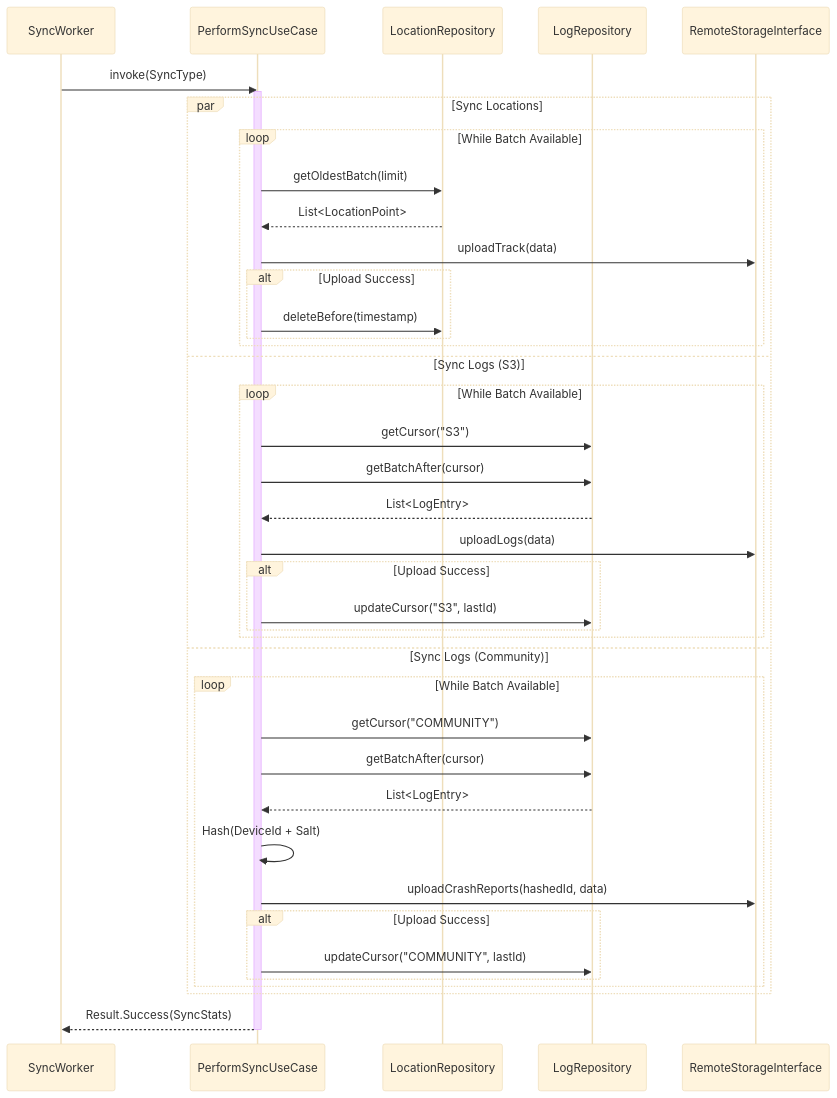
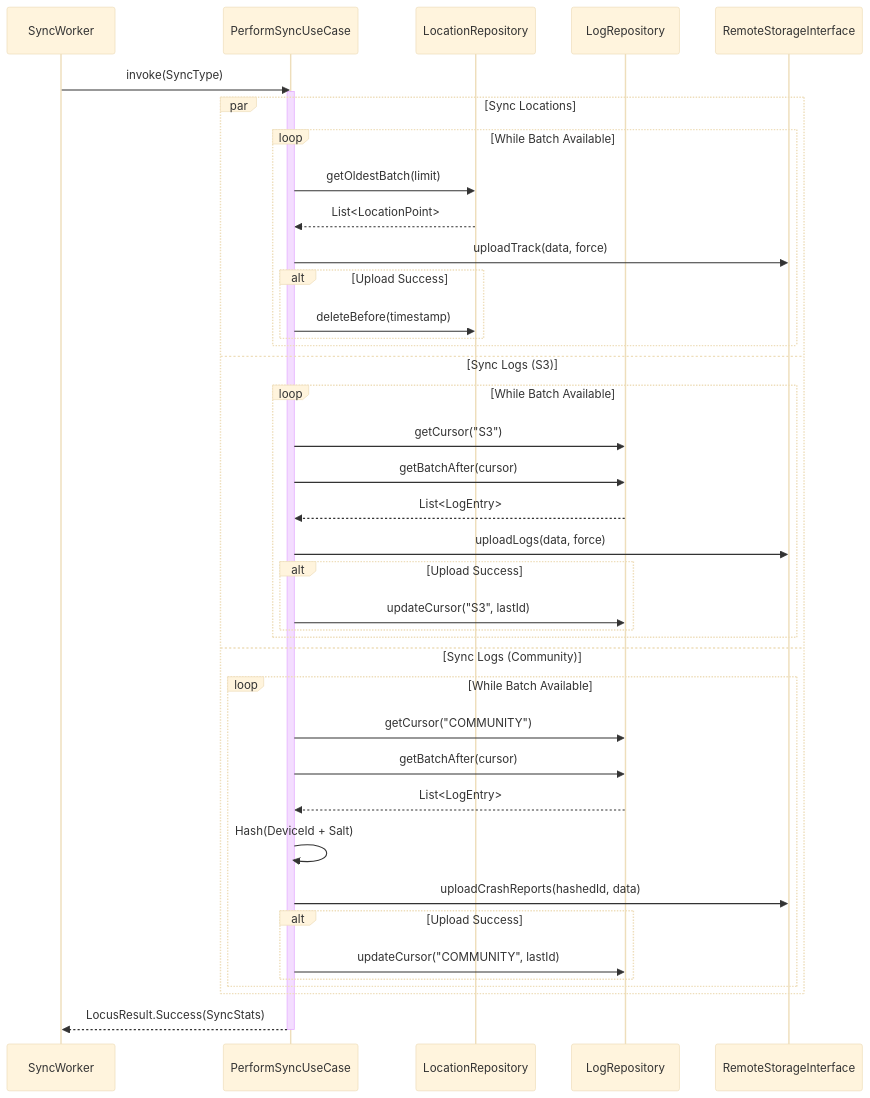
Before and after one commit to cask-labs/locus: the first of 4 diagrams in docs/specs/domain_layer_spec.md, drawn with Mermaid (base theme). The commit also changed other lines of this file and 3 other files, not shown here.

````diff
--- a/docs/specs/domain_layer_spec.md
+++ b/docs/specs/domain_layer_spec.md
@@ -338,46 +344,46 @@
 ```mermaid
 sequenceDiagram
     participant Worker as SyncWorker
     participant UseCase as PerformSyncUseCase
     participant LocRepo as LocationRepository
     participant LogRepo as LogRepository
     participant Remote as RemoteStorageInterface
 
     Worker->>UseCase: invoke(SyncType)
     activate UseCase
 
     par Sync Locations
         loop While Batch Available
             UseCase->>LocRepo: getOldestBatch(limit)
             LocRepo-->>UseCase: List<LocationPoint>
-            UseCase->>Remote: uploadTrack(data)
+            UseCase->>Remote: uploadTrack(data, force)
             alt Upload Success
                 UseCase->>LocRepo: deleteBefore(timestamp)
             end
         end
     and Sync Logs (S3)
         loop While Batch Available
             UseCase->>LogRepo: getCursor("S3")
             UseCase->>LogRepo: getBatchAfter(cursor)
             LogRepo-->>UseCase: List<LogEntry>
-            UseCase->>Remote: uploadLogs(data)
+            UseCase->>Remote: uploadLogs(data, force)
             alt Upload Success
                 UseCase->>LogRepo: updateCursor("S3", lastId)
             end
         end
     and Sync Logs (Community)
         loop While Batch Available
             UseCase->>LogRepo: getCursor("COMMUNITY")
             UseCase->>LogRepo: getBatchAfter(cursor)
             LogRepo-->>UseCase: List<LogEntry>
             UseCase->>UseCase: Hash(DeviceId + Salt)
             UseCase->>Remote: uploadCrashReports(hashedId, data)
             alt Upload Success
                 UseCase->>LogRepo: updateCursor("COMMUNITY", lastId)
             end
         end
     end
 
-    UseCase-->>Worker: Result.Success(SyncStats)
+    UseCase-->>Worker: LocusResult.Success(SyncStats)
     deactivate UseCase
 ```
````
